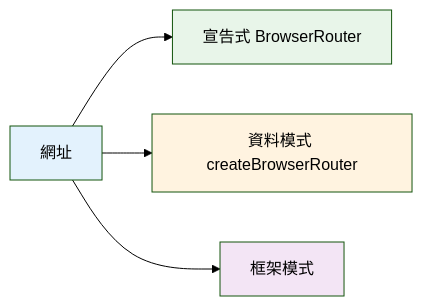
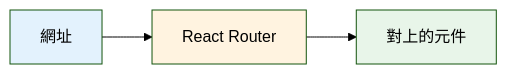
The first of 9 diagrams in source/_posts/lokiTech-15day-11-react-router.md (summer10920/summer10920.github.io), drawn with Mermaid (forest theme) before and after one commit. The commit also changed other lines of this file, not shown here.

Commit message:
11 React Router：三種模式拆章、練習筆記網站重構

```diff
--- a/source/_posts/lokiTech-15day-11-react-router.md
+++ b/source/_posts/lokiTech-15day-11-react-router.md
@@ -99,9 +103,7 @@
 {% mermaid graph LR %}
-  urlNode["網址"] --> decNode["宣告式 BrowserRouter"]
-  urlNode --> dataNode["資料模式 createBrowserRouter"]
-  urlNode --> frameNode["框架模式"]
+  urlNode["網址"] --> routerNode["React Router"]
+  routerNode --> viewNode["對上的元件"]
   style urlNode fill:#e3f2fd
-  style decNode fill:#e8f5e9
-  style dataNode fill:#fff3e0
-  style frameNode fill:#f3e5f5
+  style routerNode fill:#fff3e0
+  style viewNode fill:#e8f5e9
 {% endmermaid %}
```
